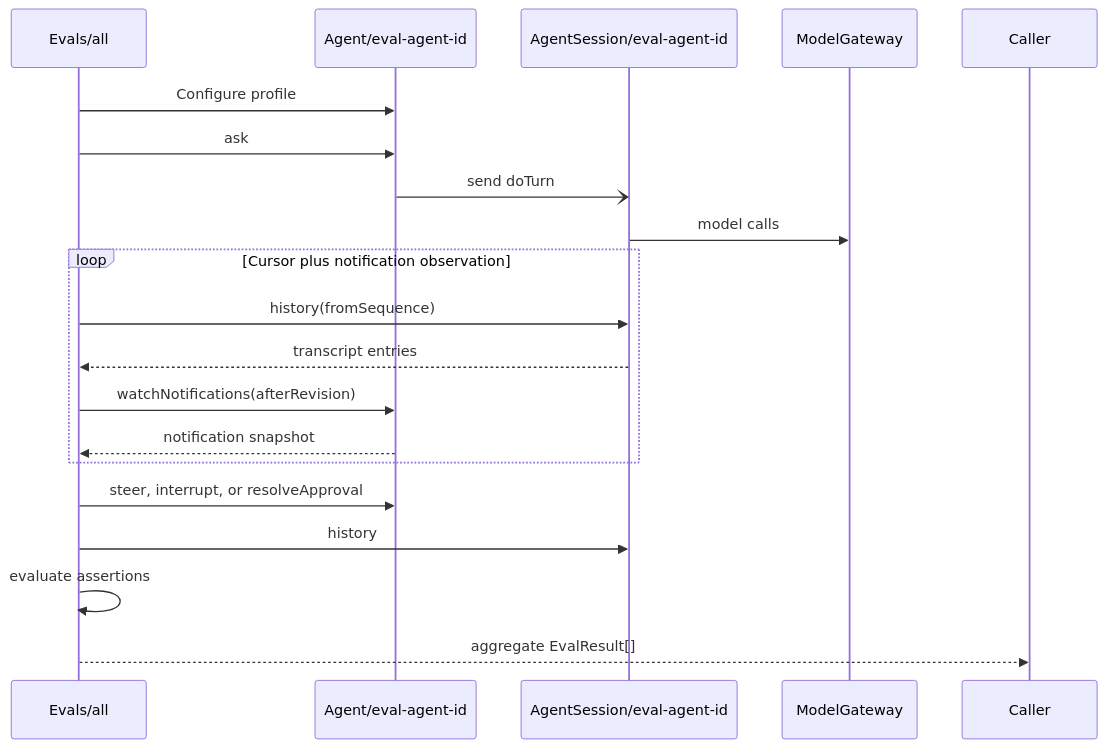
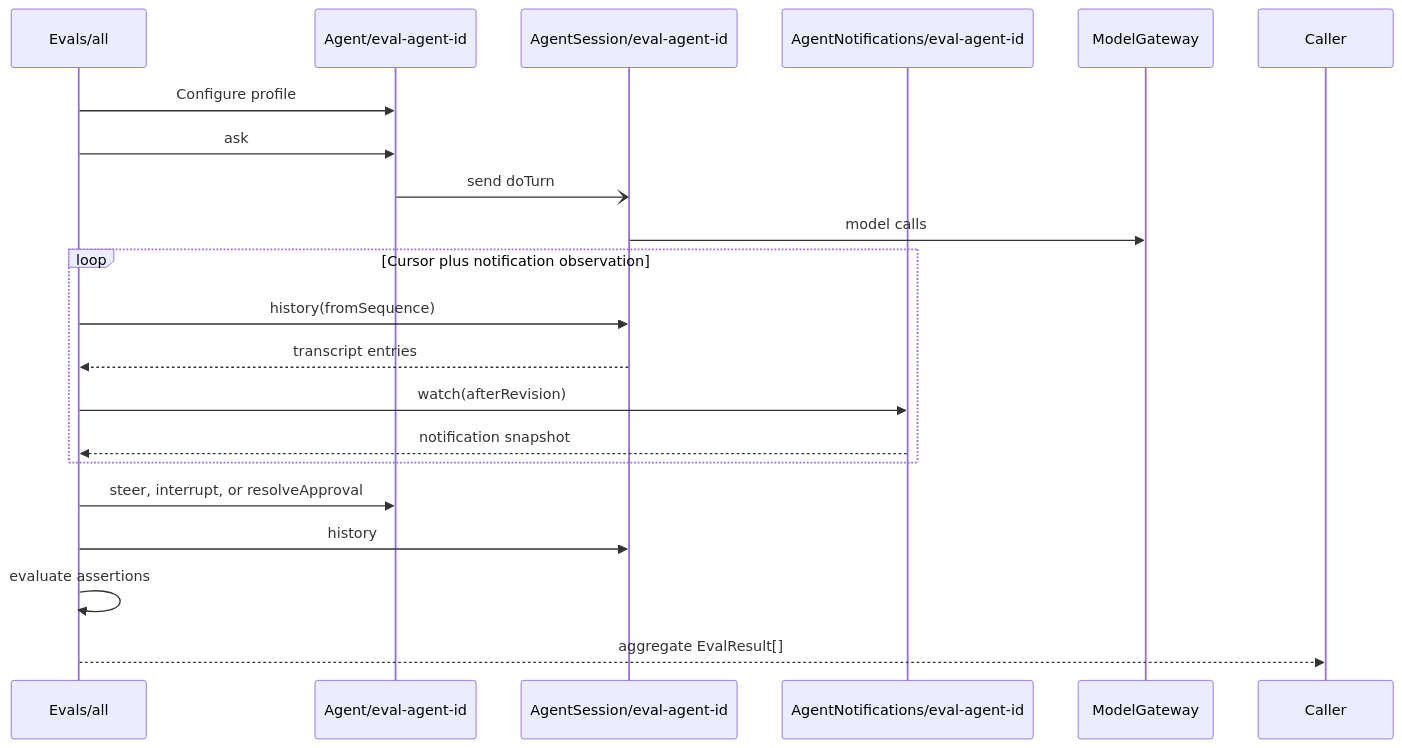
The diagram in docs/evals.md (restatedev/agent), drawn with Mermaid before and after one commit. The commit also changed other lines of this file and 28 other files, not shown here.

````diff
--- a/docs/evals.md
+++ b/docs/evals.md
@@ -13,24 +13,25 @@
 ```mermaid
 sequenceDiagram
   participant E as Evals/all
   participant A as Agent/eval-agent-id
   participant S as AgentSession/eval-agent-id
+  participant N as AgentNotifications/eval-agent-id
   participant M as ModelGateway
 
   E->>A: Configure profile
   E->>A: ask
   A-)S: send doTurn
   S->>M: model calls
 
   loop Cursor plus notification observation
     E->>S: history(fromSequence)
     S-->>E: transcript entries
-    E->>A: watchNotifications(afterRevision)
-    A-->>E: notification snapshot
+    E->>N: watch(afterRevision)
+    N-->>E: notification snapshot
   end
 
   E->>A: steer, interrupt, or resolveApproval
   E->>S: history
   E->>E: evaluate assertions
   E-->>Caller: aggregate EvalResult[]
 ```
````
